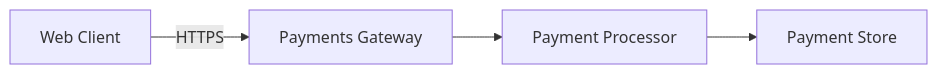
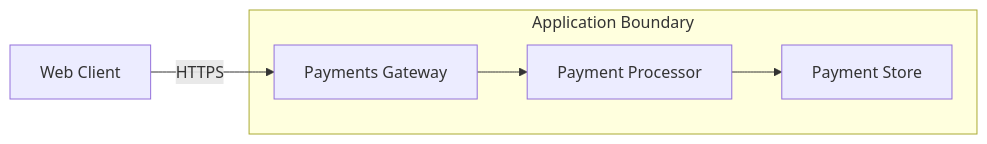
Before and after one commit to DharmaDoll/ModelForge: the diagram in tests/fixtures/sample-system/docs/architecture.md, drawn with Mermaid. The commit also changed 14 other files, not shown here.

````diff
--- a/tests/fixtures/sample-system/docs/architecture.md
+++ b/tests/fixtures/sample-system/docs/architecture.md
@@ -3,6 +3,8 @@
 ```mermaid
 flowchart LR
   Client["Web Client"] -->|HTTPS| Gateway["Payments Gateway"]
-  Gateway --> Processor["Payment Processor"]
-  Processor --> Store["Payment Store"]
+  subgraph AppBoundary["Application Boundary"]
+    Gateway --> Processor["Payment Processor"]
+    Processor --> Store["Payment Store"]
+  end
 ```
````
